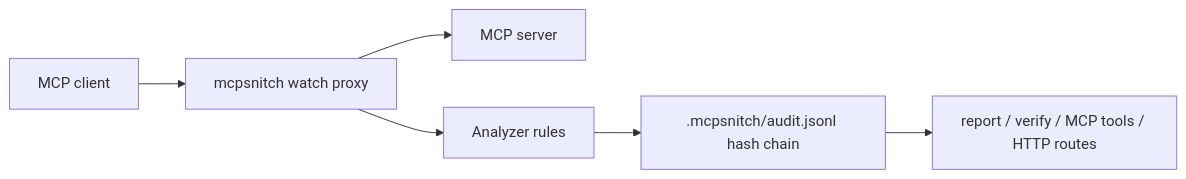
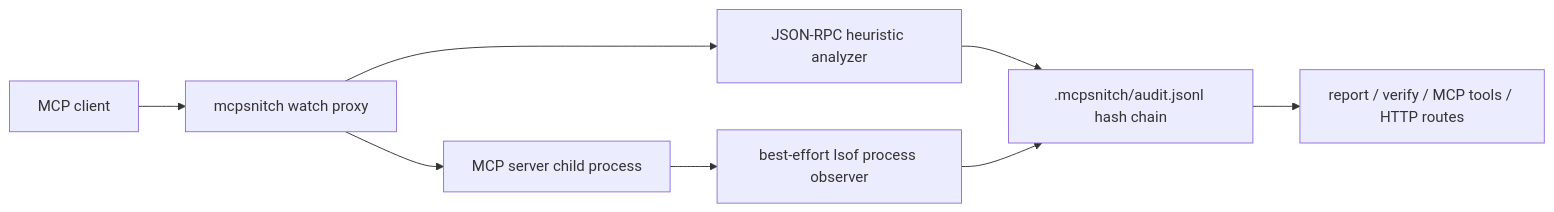
The diagram in README.md (rudycelekli/mcpsnitch), drawn with Mermaid before and after one commit. The commit also changed other lines of this file and 38 other files, not shown here.

````diff
--- a/README.md
+++ b/README.md
@@ -40,8 +45,10 @@
 ```mermaid
 flowchart LR
   A["MCP client"] --> B["mcpsnitch watch proxy"]
-  B --> C["MCP server"]
-  B --> D["Analyzer rules"]
+  B --> C["MCP server child process"]
+  B --> D["JSON-RPC heuristic analyzer"]
+  C --> G["best-effort lsof process observer"]
   D --> E[".mcpsnitch/audit.jsonl hash chain"]
+  G --> E
   E --> F["report / verify / MCP tools / HTTP routes"]
 ```
````
